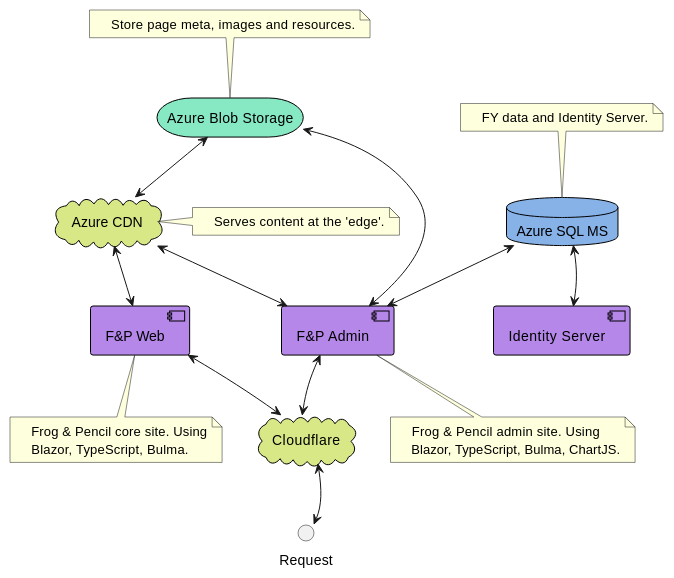
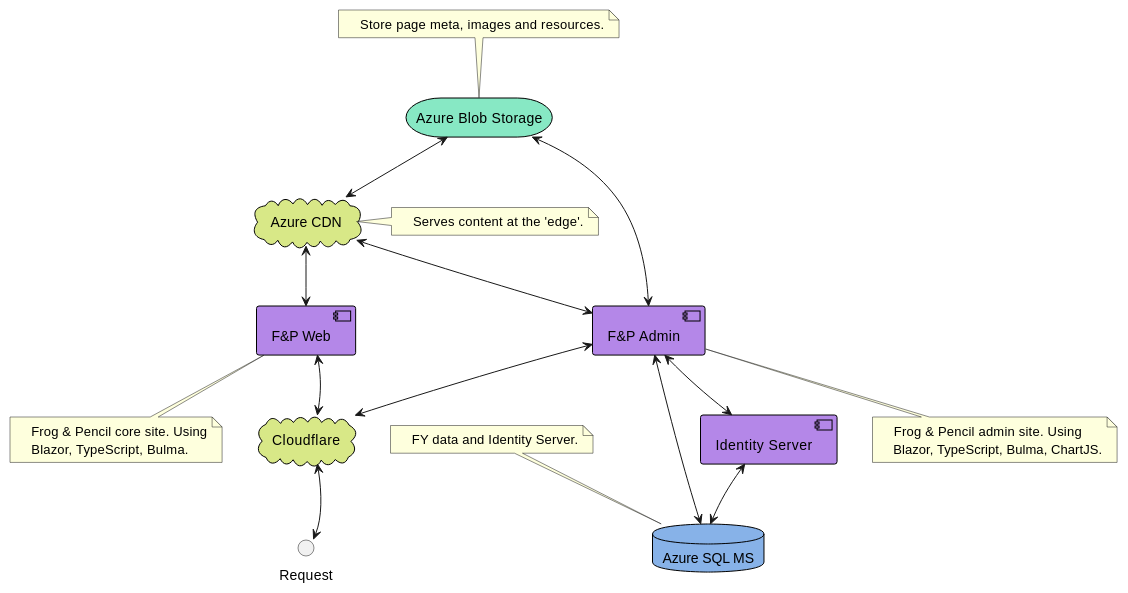
The second of 2 diagrams in obsidian-vault/🐸 Frog & Pencil/Architecture Diagram.md (bearandhammer/knowledge-vault), drawn with PlantUML before and after one commit.

Commit message:
Minor diagram alterations (manual commit).

````diff
--- a/obsidian-vault/🐸 Frog & Pencil/Architecture Diagram.md
+++ b/obsidian-vault/🐸 Frog & Pencil/Architecture Diagram.md
@@ -108,9 +108,11 @@
 CF <--> FPW
 REQ <--> CF
 IS <--> ASMS
+FPA <--> IS
 
 CF -[hidden]d-> REQ
 FPA -[hidden]-> CF
 FPW -[hidden]-> CF
 ASMS -[hidden]-> IS
+FPA -[hidden]-> IS
 ```
````
